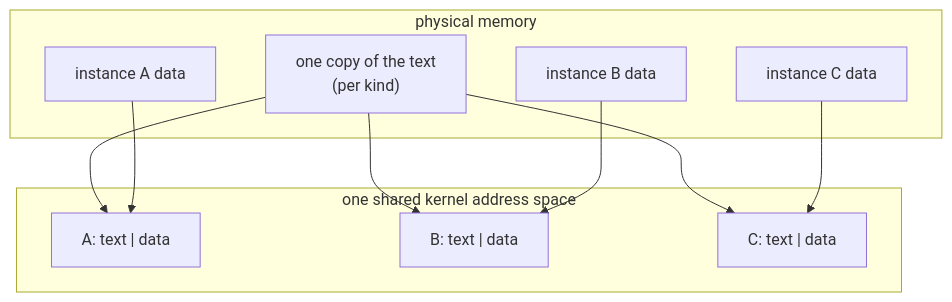
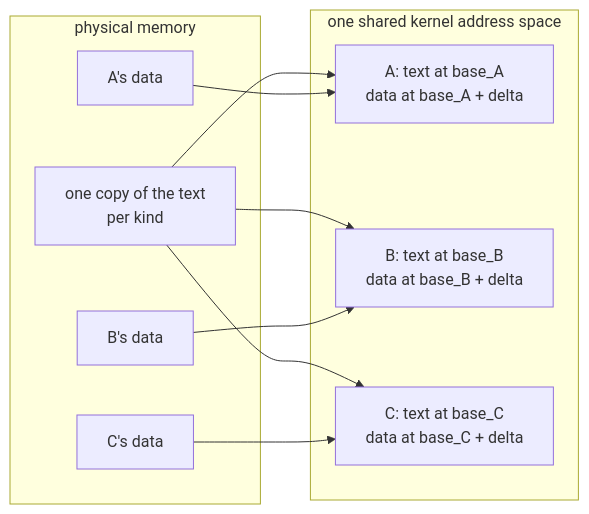
The diagram in src/blueprint/linux-mode/one-address-space.md (tatetian/kernelet-book), drawn with Mermaid before and after one commit. The commit also changed other lines of this file and 6 other files, not shown here.

````diff
--- a/src/blueprint/linux-mode/one-address-space.md
+++ b/src/blueprint/linux-mode/one-address-space.md
@@ -25,20 +25,20 @@
 ```mermaid
-flowchart TB
+flowchart LR
   subgraph phys ["physical memory"]
-    T["one copy of the text<br/>(per kind)"]
-    DA["instance A data"]
-    DB["instance B data"]
-    DC["instance C data"]
+    T["one copy of the text<br/>per kind"]
+    DA["A's data"]
+    DB["B's data"]
+    DC["C's data"]
   end
   subgraph virt ["one shared kernel address space"]
-    VA["A: text | data"]
-    VB["B: text | data"]
-    VC["C: text | data"]
+    VA["A: text at base_A<br/>data at base_A + delta"]
+    VB["B: text at base_B<br/>data at base_B + delta"]
+    VC["C: text at base_C<br/>data at base_C + delta"]
   end
   T --> VA
   T --> VB
   T --> VC
   DA --> VA
   DB --> VB
   DC --> VC
 ```
````
